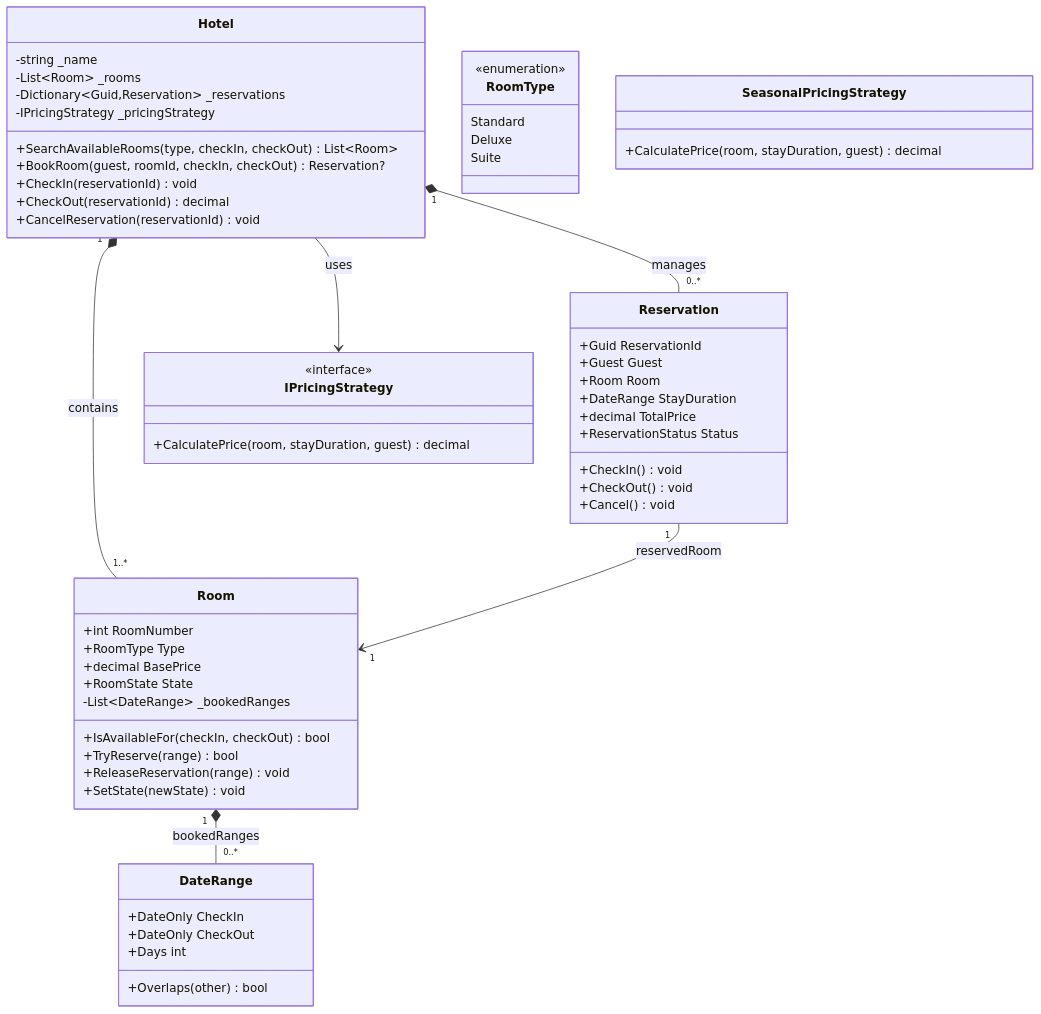
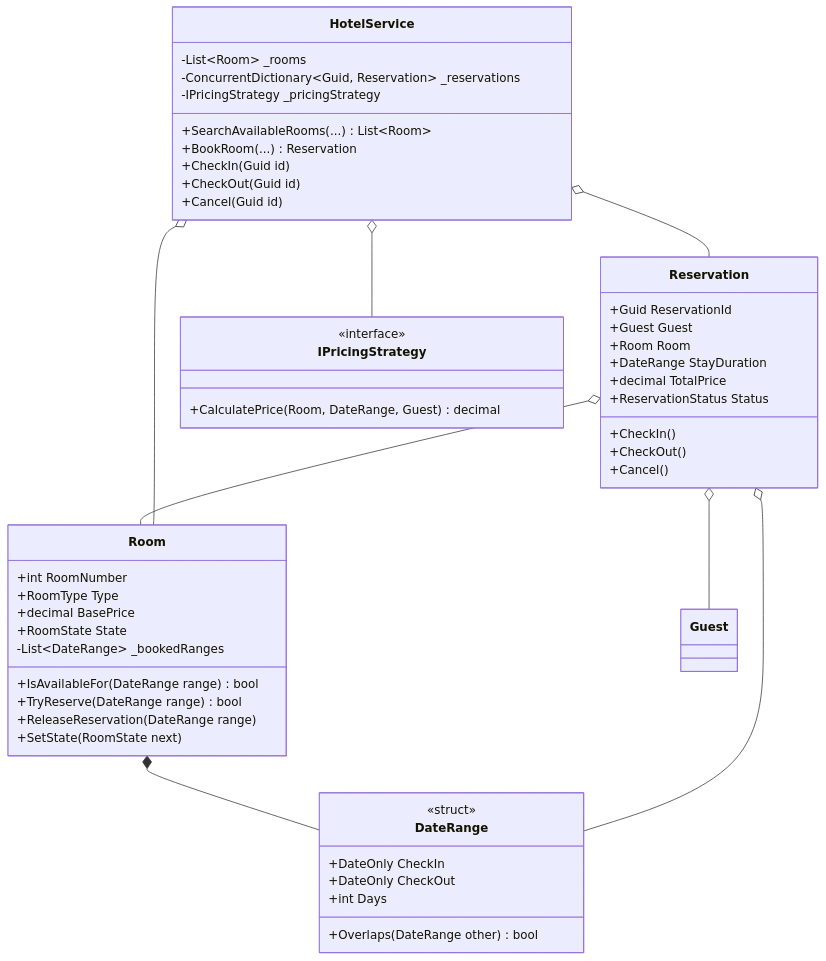
Before and after one commit to dip4k/DSA_102: the second of 2 diagrams in LLD/02_Tier2_Classic_LLD/22_Hotel_Management_System.md, drawn with Mermaid. The commit also changed other lines of this file and 50 other files, not shown here.

````diff
--- a/LLD/02_Tier2_Classic_LLD/22_Hotel_Management_System.md
+++ b/LLD/02_Tier2_Classic_LLD/22_Hotel_Management_System.md
@@ -37,69 +64,60 @@
 ```mermaid
 classDiagram
     direction TB
-
-    class Hotel {
-        -string _name
-        -List~Room~ _rooms
-        -Dictionary~Guid,Reservation~ _reservations
-        -IPricingStrategy _pricingStrategy
-        +SearchAvailableRooms(type, checkIn, checkOut) List~Room~
-        +BookRoom(guest, roomId, checkIn, checkOut) Reservation?
-        +CheckIn(reservationId) void
-        +CheckOut(reservationId) decimal
-        +CancelReservation(reservationId) void
-    }
 
     class Room {
         +int RoomNumber
         +RoomType Type
         +decimal BasePrice
         +RoomState State
         -List~DateRange~ _bookedRanges
-        +IsAvailableFor(checkIn, checkOut) bool
-        +TryReserve(range) bool
-        +ReleaseReservation(range) void
-        +SetState(newState) void
-    }
-
-    class RoomType {
-        <<enumeration>>
-        Standard
-        Deluxe
-        Suite
+        +IsAvailableFor(DateRange range) bool
+        +TryReserve(DateRange range) bool
+        +ReleaseReservation(DateRange range)
+        +SetState(RoomState next)
     }
 
     class DateRange {
+        <<struct>>
         +DateOnly CheckIn
         +DateOnly CheckOut
-        +Overlaps(other) bool
-        +Days int
+        +int Days
+        +Overlaps(DateRange other) bool
     }
 
     class Reservation {
         +Guid ReservationId
         +Guest Guest
         +Room Room
         +DateRange StayDuration
         +decimal TotalPrice
         +ReservationStatus Status
-        +CheckIn() void
-        +CheckOut() void
-        +Cancel() void
+        +CheckIn()
+        +CheckOut()
+        +Cancel()
     }
 
     class IPricingStrategy {
         <<interface>>
-        +CalculatePrice(room, stayDuration, guest) decimal
+        +CalculatePrice(Room, DateRange, Guest) decimal
     }
 
-    class SeasonalPricingStrategy {
-        +CalculatePrice(room, stayDuration, guest) decimal
+    class HotelService {
+        -List~Room~ _rooms
+        -ConcurrentDictionary~Guid, Reservation~ _reservations
+        -IPricingStrategy _pricingStrategy
+        +SearchAvailableRooms(...) List~Room~
+        +BookRoom(...) Reservation
+        +CheckIn(Guid id)
+        +CheckOut(Guid id)
+        +Cancel(Guid id)
     }
 
-    Hotel "1" *-- "1..*" Room : contains
-    Hotel "1" *-- "0..*" Reservation : manages
-    Hotel --> IPricingStrategy : uses
-    Room "1" *-- "0..*" DateRange : bookedRanges
-    Reservation "1" --> "1" Room : reservedRoom
+    Room *-- DateRange
+    Reservation o-- Guest
+    Reservation o-- Room
+    Reservation o-- DateRange
+    HotelService o-- Room
+    HotelService o-- Reservation
+    HotelService o-- IPricingStrategy
 ```
````
